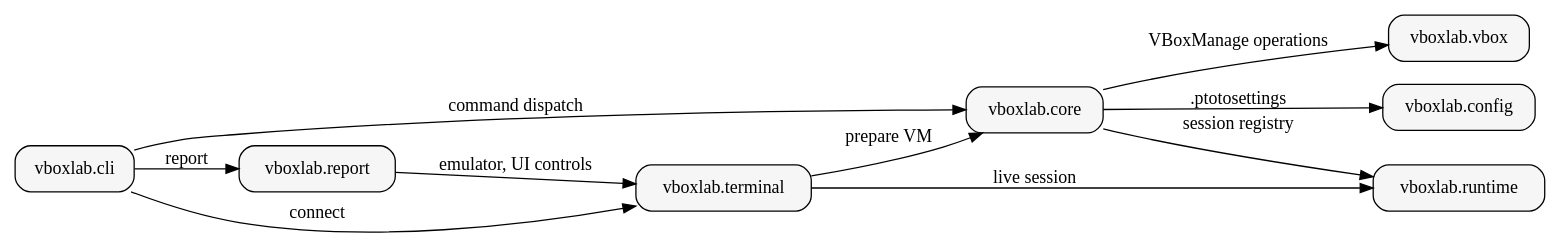
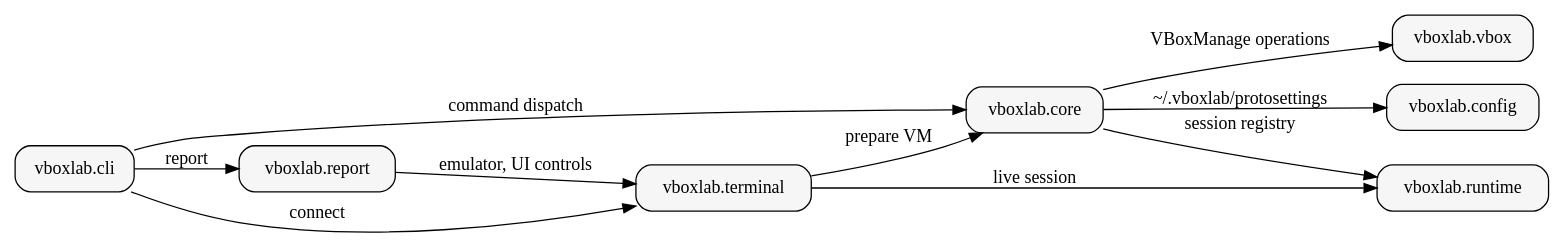
One commit to UsamG1t/NeuroPysnap changed the diagram in docs/architecture.rst. Above: the diagram before and after it, drawn with Graphviz. The commit also changed other lines of this file and 20 other files, not shown here.

First line of the commit message:
rename: identifiers outside the code, protosettings in ~/.vboxlab

```diff
--- a/docs/architecture.rst
+++ b/docs/architecture.rst
@@ -28,25 +28,25 @@
    .. graphviz::
       :caption: High-level relationships between VBoxLab packages.
 
       digraph package_relationships {
           rankdir=LR;
           node [shape=box, style="rounded,filled", fillcolor="#f6f6f6"];
 
           cli [label="vboxlab.cli"];
           config [label="vboxlab.config"];
           core [label="vboxlab.core"];
           report [label="vboxlab.report"];
           runtime [label="vboxlab.runtime"];
           terminal [label="vboxlab.terminal"];
           vbox [label="vboxlab.vbox"];
 
           cli -> core [label="command dispatch"];
           cli -> terminal [label="connect"];
           cli -> report [label="report"];
           report -> terminal [label="emulator, UI controls"];
-          core -> config [label=".ptotosettings"];
+          core -> config [label="~/.vboxlab/protosettings"];
           core -> runtime [label="session registry"];
           core -> vbox [label="VBoxManage operations"];
           terminal -> core [label="prepare VM"];
           terminal -> runtime [label="live session"];
       }
```
